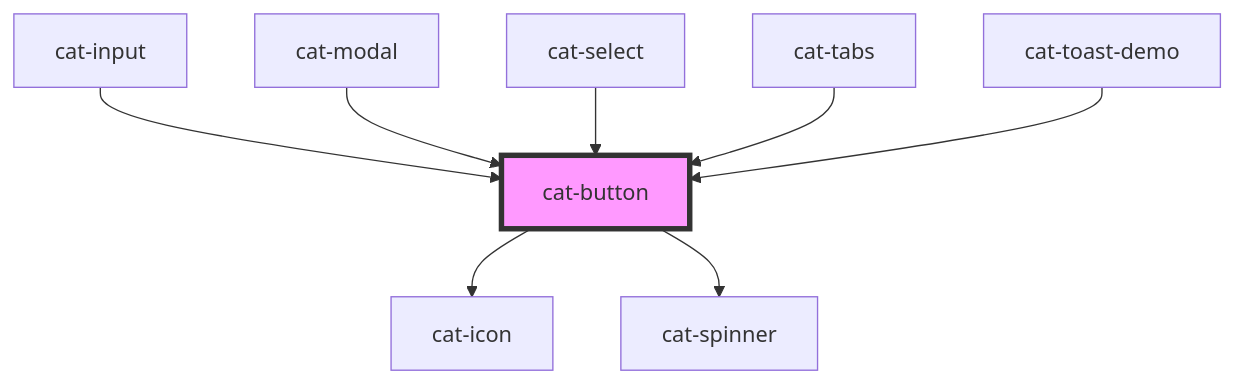
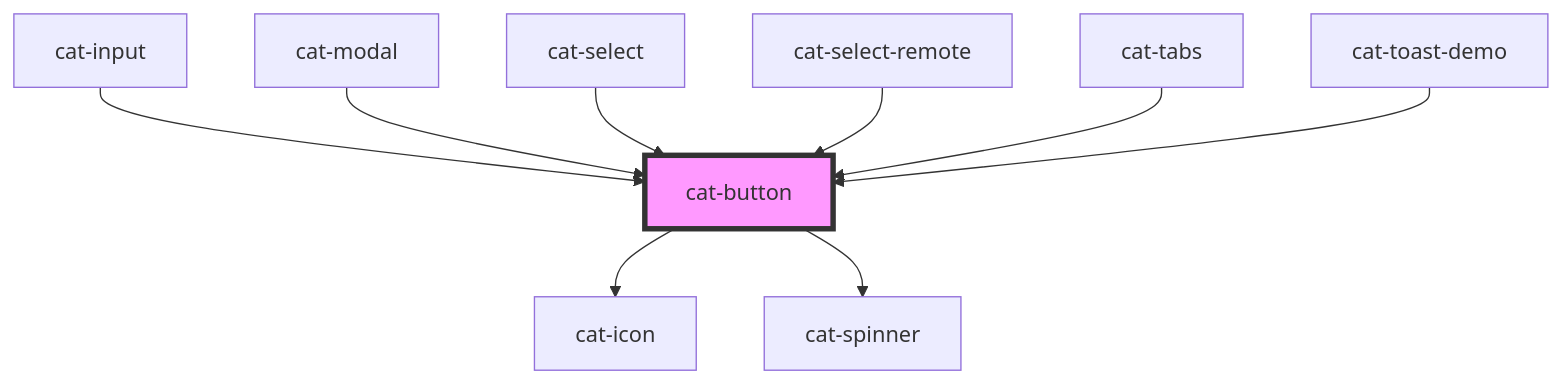
Before and after one commit to haiilo/catalyst: the diagram in core/src/components/cat-button/readme.md, drawn with Mermaid. The commit also changed other lines of this file and 12 other files, not shown here.

````diff
--- a/core/src/components/cat-button/readme.md
+++ b/core/src/components/cat-button/readme.md
@@ -78,11 +79,12 @@
 ```mermaid
 graph TD;
   cat-button --> cat-icon
   cat-button --> cat-spinner
   cat-input --> cat-button
   cat-modal --> cat-button
   cat-select --> cat-button
+  cat-select-remote --> cat-button
   cat-tabs --> cat-button
   cat-toast-demo --> cat-button
   style cat-button fill:#f9f,stroke:#333,stroke-width:4px
 ```
````
